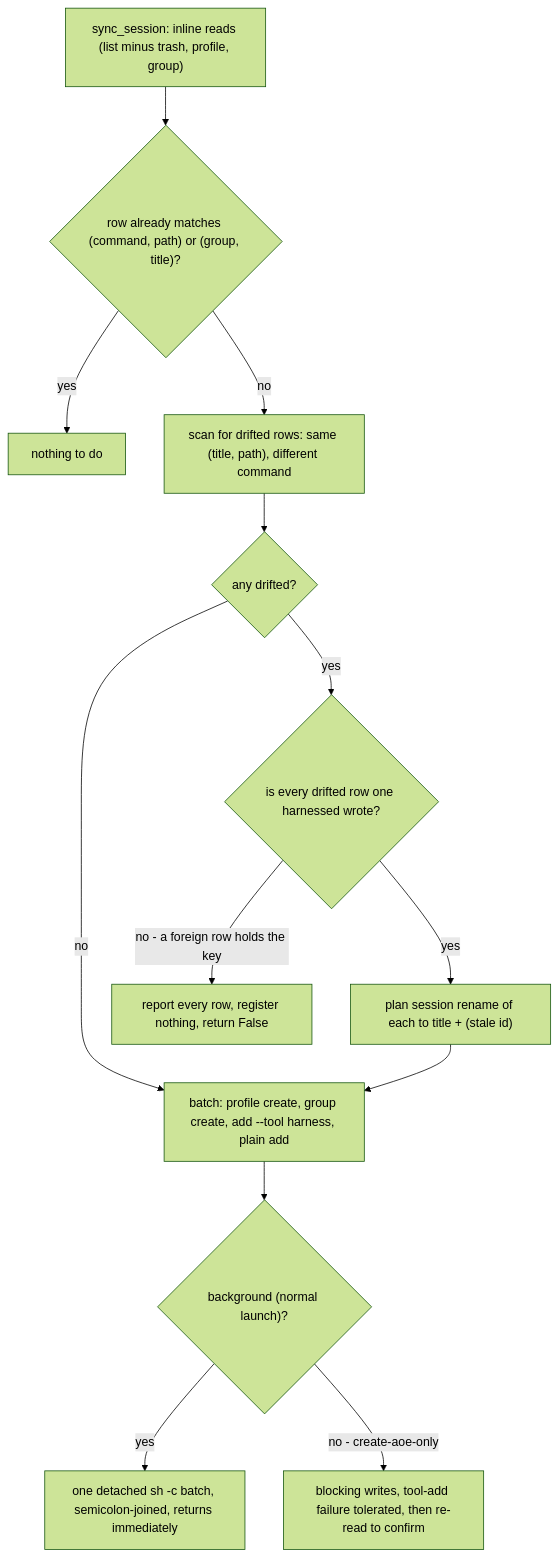
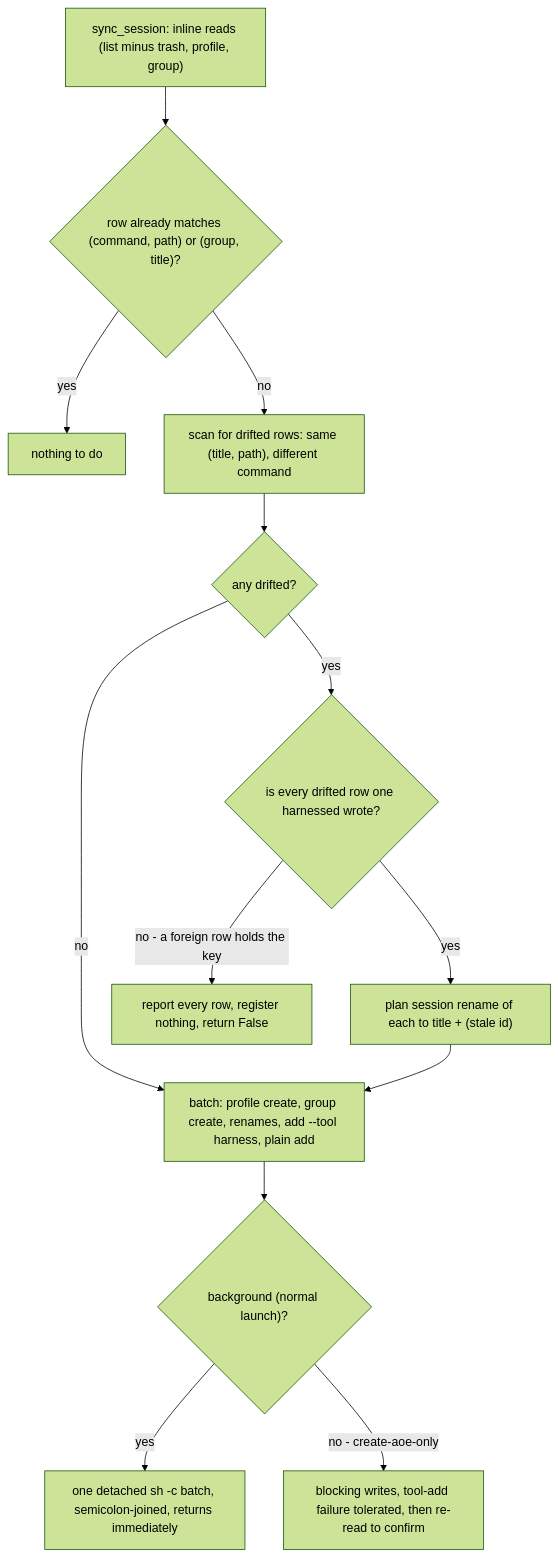
One commit to drmikecrowe/harnessed changed the second of 3 diagrams in openwiki/integrations/aoe-and-launch-scripts.md. Above: the diagram before and after it, drawn with Mermaid (forest theme). The commit also changed other lines of this file and 44 other files, not shown here.

````diff
--- a/openwiki/integrations/aoe-and-launch-scripts.md
+++ b/openwiki/integrations/aoe-and-launch-scripts.md
@@ -192,15 +204,15 @@
 ```mermaid
 flowchart TD
     S["sync_session: inline reads (list minus trash, profile, group)"] --> Q1{"row already matches (command, path) or (group, title)?"}
     Q1 -->|yes| DONE["nothing to do"]
     Q1 -->|no| D["scan for drifted rows: same (title, path), different command"]
     D --> Q2{"any drifted?"}
-    Q2 -->|no| B["batch: profile create, group create, add --tool harness, plain add"]
+    Q2 -->|no| B["batch: profile create, group create, renames, add --tool harness, plain add"]
     Q2 -->|yes| Q3{"is every drifted row one harnessed wrote?"}
     Q3 -->|no - a foreign row holds the key| STOP["report every row, register nothing, return False"]
     Q3 -->|yes| RN["plan session rename of each to title + (stale id)"]
     RN --> B
     B --> Q4{"background (normal launch)?"}
     Q4 -->|yes| SP["one detached sh -c batch, semicolon-joined, returns immediately"]
     Q4 -->|no - create-aoe-only| BL["blocking writes, tool-add failure tolerated, then re-read to confirm"]
 ```
````
